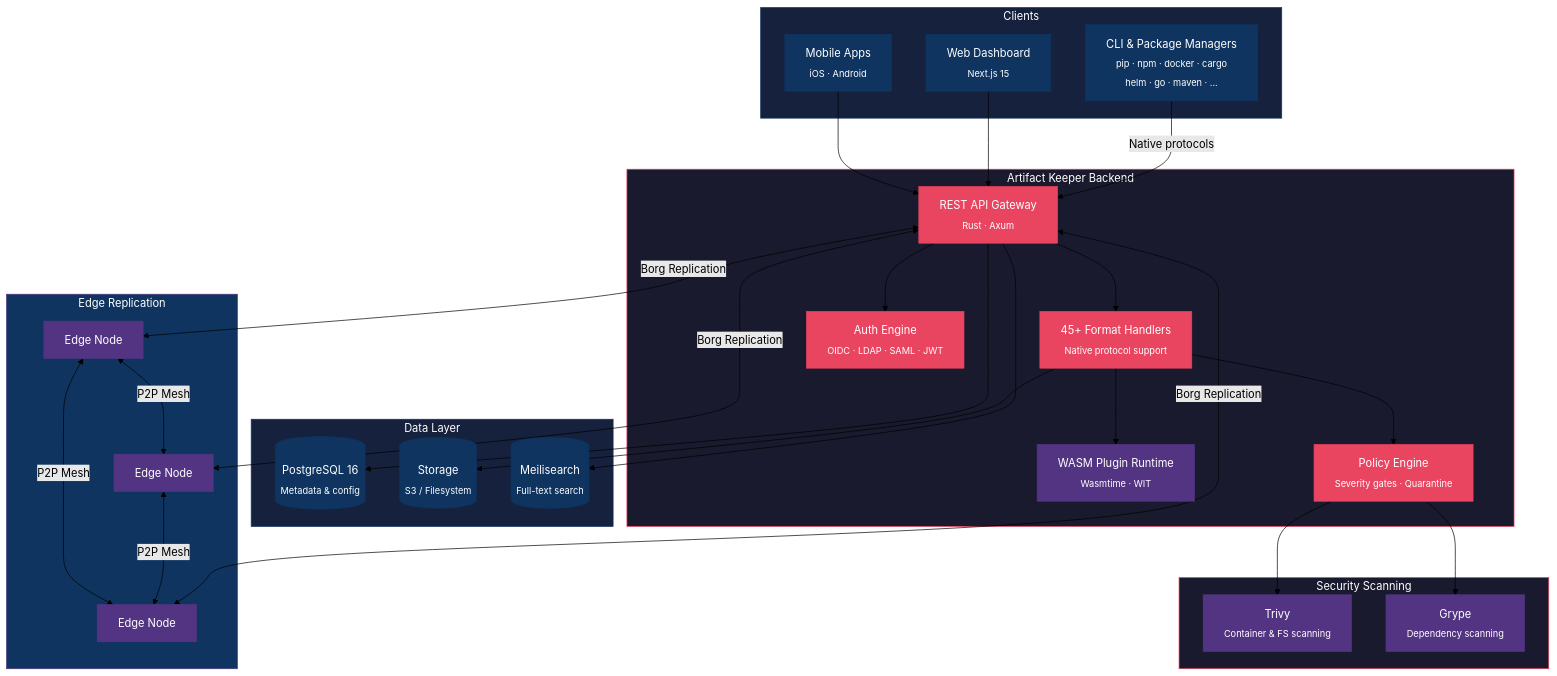
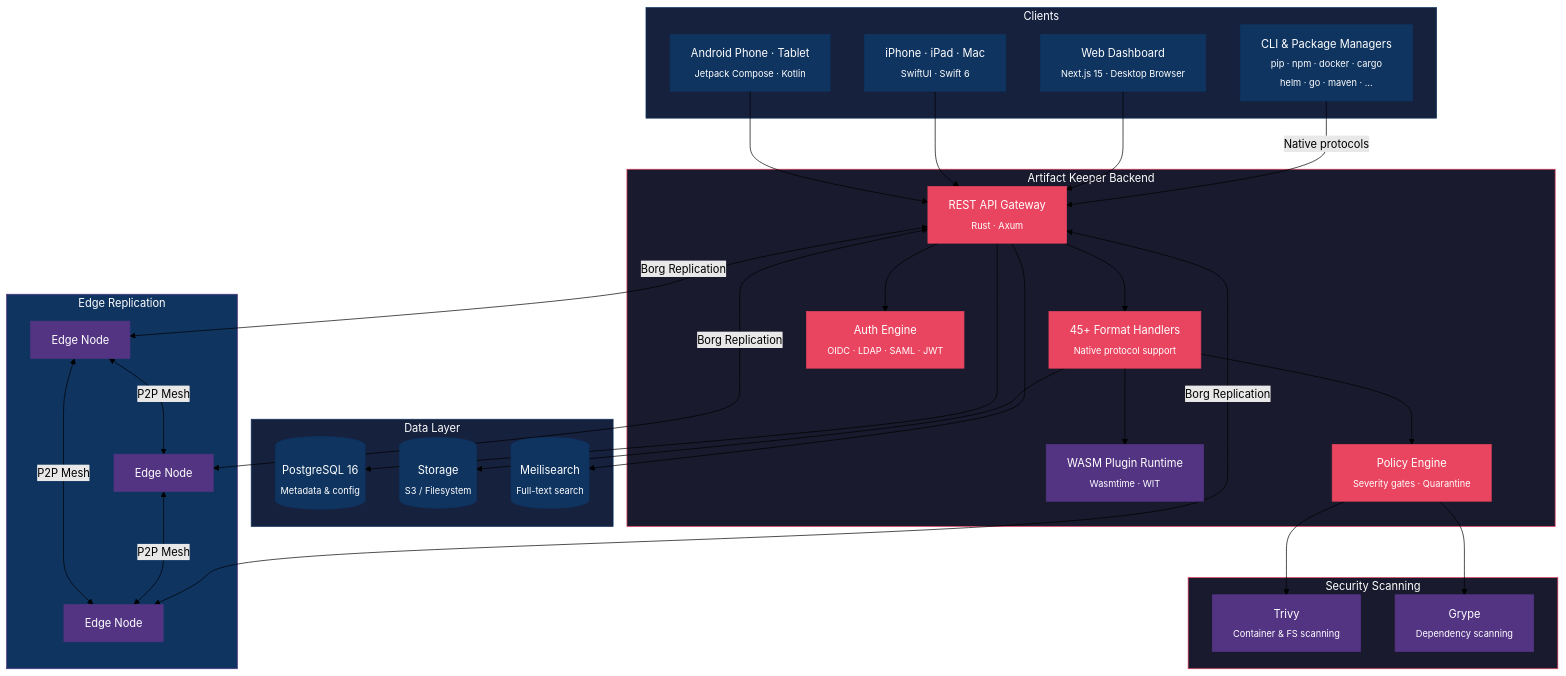
The diagram in profile/README.md (artifact-keeper/.github), drawn with Mermaid (forest theme) before and after one commit.

Commit message:
Show iOS/Mac and Android clients separately in architecture

````diff
--- a/profile/README.md
+++ b/profile/README.md
@@ -99,8 +99,9 @@
 graph TB
     subgraph Clients["Clients"]
         CLI["CLI & Package Managers<br/><sub>pip · npm · docker · cargo<br/>helm · go · maven · ...</sub>"]
-        Web["Web Dashboard<br/><sub>Next.js 15</sub>"]
-        Mobile["Mobile Apps<br/><sub>iOS · Android</sub>"]
+        WebApp["Web Dashboard<br/><sub>Next.js 15 · Desktop Browser</sub>"]
+        iOS["iPhone · iPad · Mac<br/><sub>SwiftUI · Swift 6</sub>"]
+        Android["Android Phone · Tablet<br/><sub>Jetpack Compose · Kotlin</sub>"]
     end
 
     subgraph Core["Artifact Keeper Backend"]
@@ -129,8 +130,9 @@
     end
 
     CLI -->|"Native protocols"| API
-    Web --> API
-    Mobile --> API
+    WebApp --> API
+    iOS --> API
+    Android --> API
 
     API --> Handlers
     API --> Auth
@@ -175,6 +177,7 @@
     style Peer3 fill:#533483,stroke:#533483,color:#fff
 
     style CLI fill:#0f3460,stroke:#0f3460,color:#fff
-    style Web fill:#0f3460,stroke:#0f3460,color:#fff
-    style Mobile fill:#0f3460,stroke:#0f3460,color:#fff
+    style WebApp fill:#0f3460,stroke:#0f3460,color:#fff
+    style iOS fill:#0f3460,stroke:#0f3460,color:#fff
+    style Android fill:#0f3460,stroke:#0f3460,color:#fff
 ```
````
